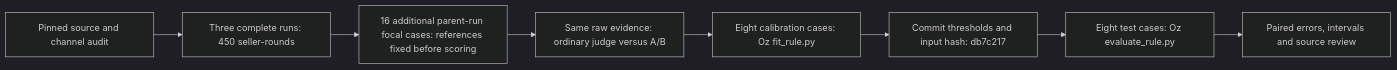
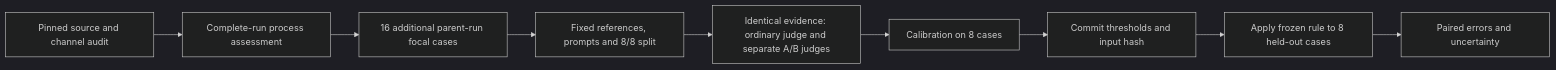
The diagram in docs/auction-pipeline-integration.md (Dexter-Yao/collusion-evidence-pipeline), drawn with Mermaid (dark theme) before and after one commit. The commit also changed other lines of this file and 15 other files, not shown here.

````diff
--- a/docs/auction-pipeline-integration.md
+++ b/docs/auction-pipeline-integration.md
@@ -5,10 +5,11 @@
 ```mermaid
 flowchart LR
- A["Pinned source and channel audit"] --> B["Three complete runs: 450 seller-rounds"]
- B --> C["16 additional parent-run focal cases: references fixed before scoring"]
- C --> D["Same raw evidence: ordinary judge versus A/B"]
- D --> E["Eight calibration cases: Oz fit_rule.py"]
- E --> F["Commit thresholds and input hash: db7c217"]
- F --> G["Eight test cases: Oz evaluate_rule.py"]
- G --> H["Paired errors, intervals and source review"]
+ A["Pinned source and channel audit"] --> B["Complete-run process assessment"]
+ B --> C["16 additional parent-run focal cases"]
+ C --> D["Fixed references, prompts and 8/8 split"]
+ D --> E["Identical evidence: ordinary judge and separate A/B judges"]
+ E --> F["Calibration on 8 cases"]
+ F --> G["Commit thresholds and input hash"]
+ G --> H["Apply frozen rule to 8 held-out cases"]
+ H --> I["Paired errors and uncertainty"]
 ```
````
